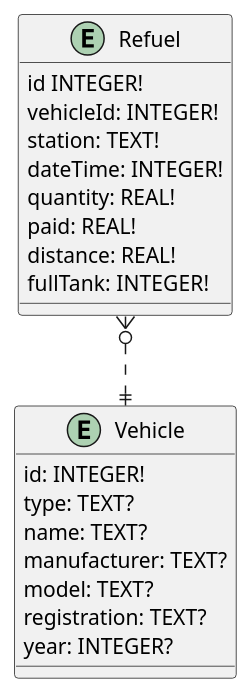
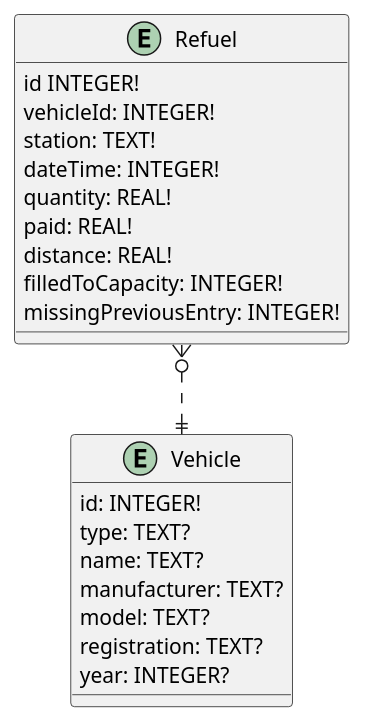
The diagram in docs/diagrams/database.puml (Dentsor/MotoLog), drawn with PlantUML before and after one commit. The commit also changed 7 other files, not shown here.

First line of the commit message:
Implement missingPreviousEntry and replace Fuel with RefuelUtils

```diff
--- a/docs/diagrams/database.puml
+++ b/docs/diagrams/database.puml
@@ -1,31 +1,32 @@
 @startuml 'database_schema
 
 ' Zero or One:  |o--
 ' Exactly One:  ||--
 ' Zero or Many: }o--
 ' One or Many:  }|--
 
 entity Vehicle {
   id: INTEGER!
   type: TEXT?
   name: TEXT?
   manufacturer: TEXT?
   model: TEXT?
   registration: TEXT?
   year: INTEGER?
 }
 
 entity Refuel {
   id INTEGER!
   vehicleId: INTEGER!
   station: TEXT!
   dateTime: INTEGER!
   quantity: REAL!
   paid: REAL!
   distance: REAL!
-  fullTank: INTEGER!
+  filledToCapacity: INTEGER!
+  missingPreviousEntry: INTEGER!
 }
 
 Refuel }o..|| Vehicle
 
 @enduml
```
